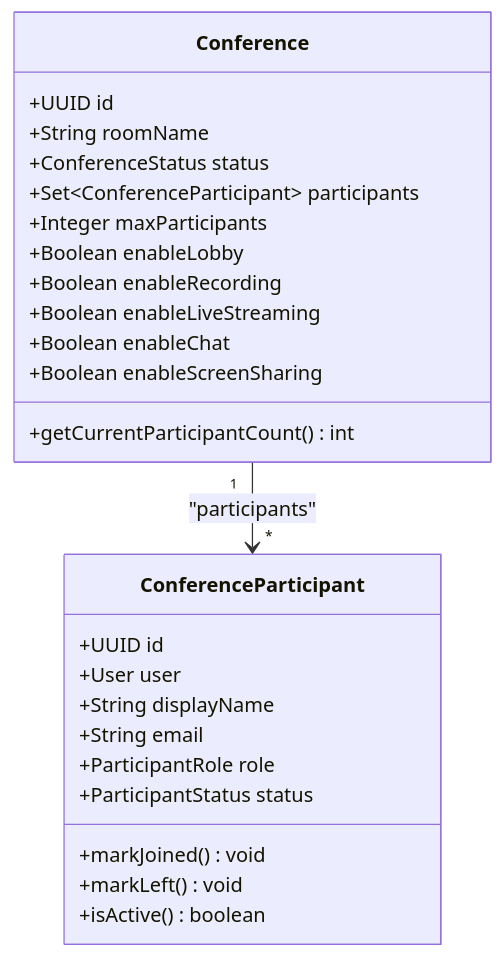
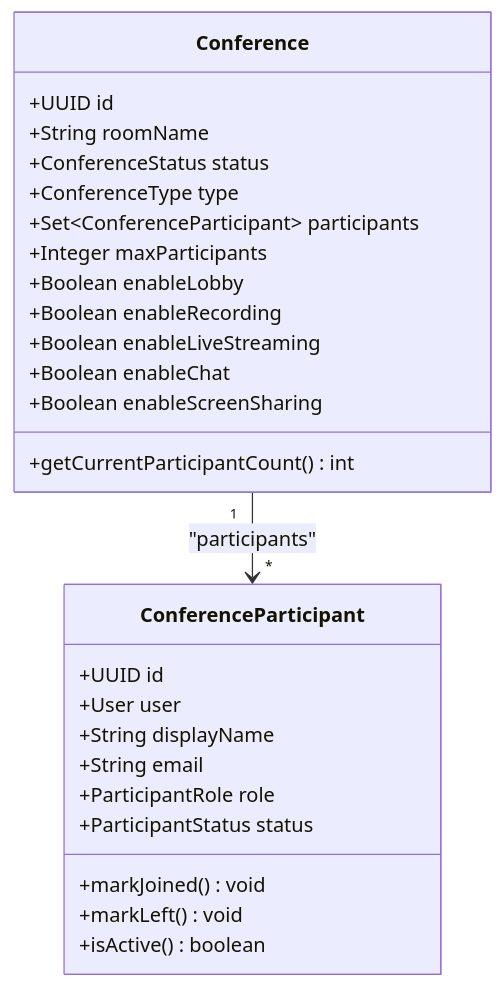
The fifth of 11 diagrams in .qoder/repowiki/en/content/Backend Modules/API Layer/Conference Management Controller.md (Vostrikov2014/vks-qoder), drawn with Mermaid before and after one commit. The commit also changed other lines of this file and 12 other files, not shown here.

````diff
--- a/.qoder/repowiki/en/content/Backend Modules/API Layer/Conference Management Controller.md
+++ b/.qoder/repowiki/en/content/Backend Modules/API Layer/Conference Management Controller.md
@@ -296,28 +307,29 @@
 ```mermaid
 classDiagram
 class Conference {
 +UUID id
 +String roomName
 +ConferenceStatus status
++ConferenceType type
 +Set~ConferenceParticipant~ participants
 +Integer maxParticipants
 +Boolean enableLobby
 +Boolean enableRecording
 +Boolean enableLiveStreaming
 +Boolean enableChat
 +Boolean enableScreenSharing
 +getCurrentParticipantCount() int
 }
 class ConferenceParticipant {
 +UUID id
 +User user
 +String displayName
 +String email
 +ParticipantRole role
 +ParticipantStatus status
 +markJoined() void
 +markLeft() void
 +isActive() boolean
 }
 Conference "1" --> "*" ConferenceParticipant : "participants"
 ```
````
